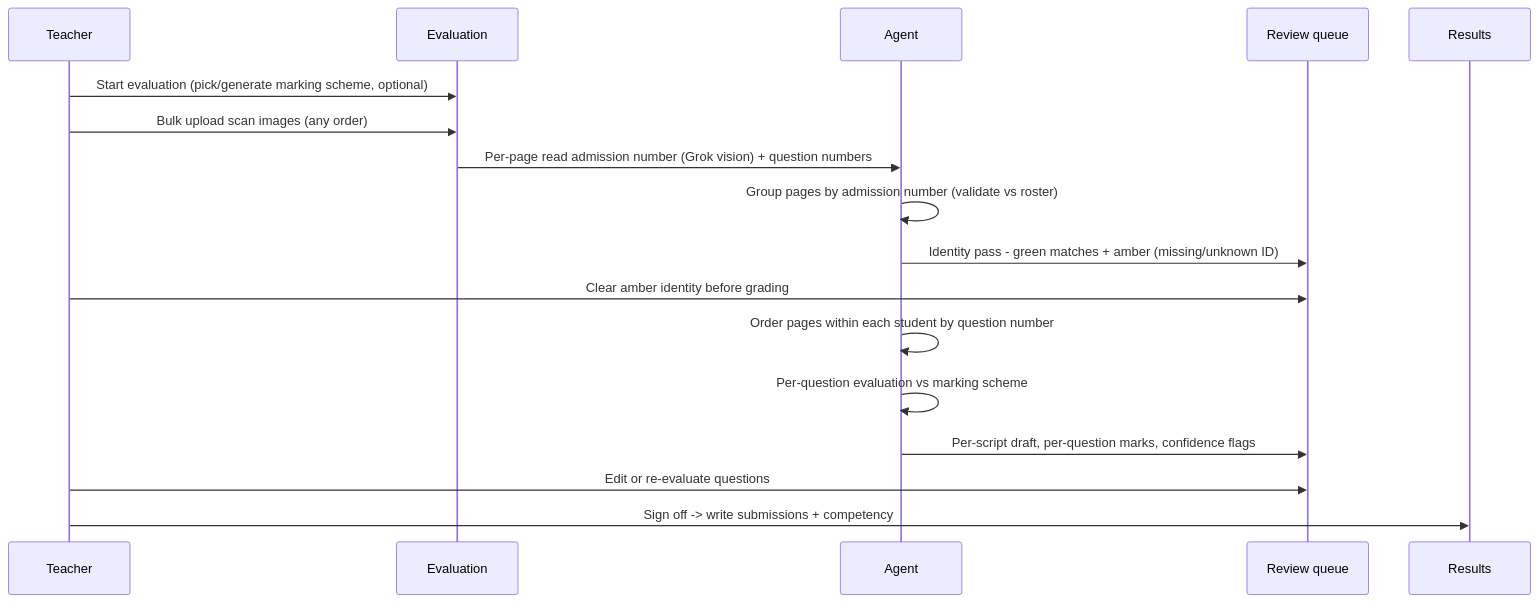
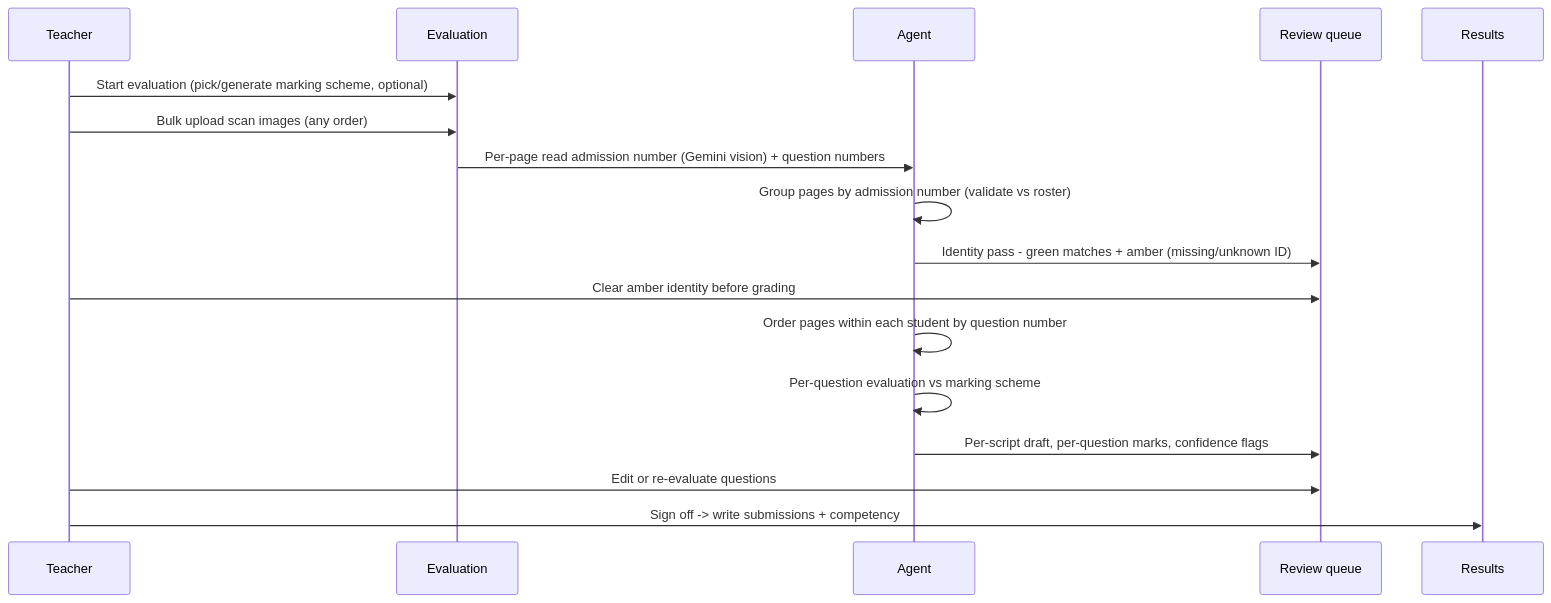
Before and after one commit to nervustech/personalearn: the second of 2 diagrams in docs/sprint-3-specs.md, drawn with Mermaid. The commit also changed other lines of this file and 29 other files, not shown here.

````diff
--- a/docs/sprint-3-specs.md
+++ b/docs/sprint-3-specs.md
@@ -416,20 +417,20 @@
 ```mermaid
 sequenceDiagram
   participant Teacher
   participant Eval as Evaluation
   participant Agent
   participant Review as Review queue
   participant Results
 
   Teacher->>Eval: Start evaluation (pick/generate marking scheme, optional)
   Teacher->>Eval: Bulk upload scan images (any order)
-  Eval->>Agent: Per-page read admission number (Grok vision) + question numbers
+  Eval->>Agent: Per-page read admission number (Gemini vision) + question numbers
   Agent->>Agent: Group pages by admission number (validate vs roster)
   Agent->>Review: Identity pass - green matches + amber (missing/unknown ID)
   Teacher->>Review: Clear amber identity before grading
   Agent->>Agent: Order pages within each student by question number
   Agent->>Agent: Per-question evaluation vs marking scheme
   Agent->>Review: Per-script draft, per-question marks, confidence flags
   Teacher->>Review: Edit or re-evaluate questions
   Teacher->>Results: Sign off -> write submissions + competency
 ```
````
